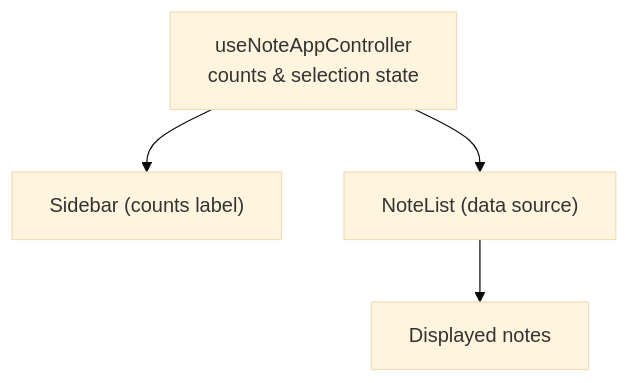
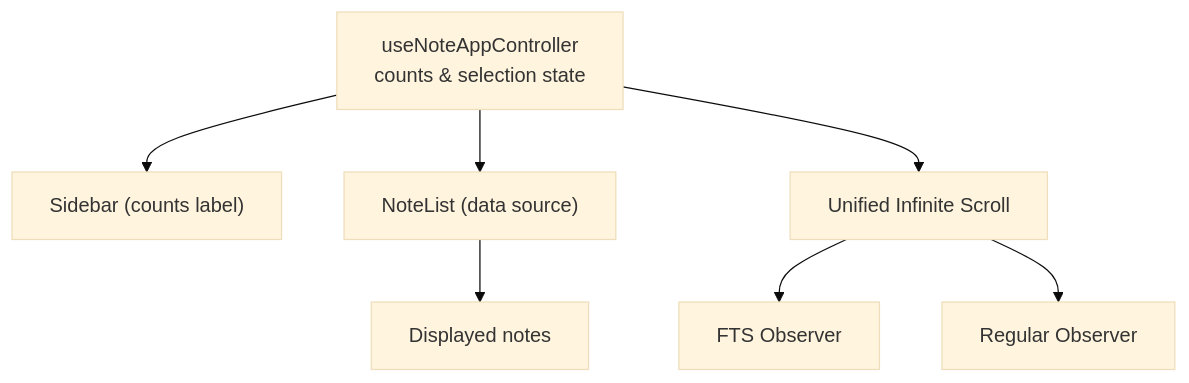
The diagram in docs/ai/design/feature-note-selection-display.md (koreyba/EverFreeNote), drawn with Mermaid (base theme) before and after one commit. The commit also changed other lines of this file and 1 other file, not shown here.

````diff
--- a/docs/ai/design/feature-note-selection-display.md
+++ b/docs/ai/design/feature-note-selection-display.md
@@ -12,6 +12,9 @@
 ```mermaid
 graph TD
   Controller["useNoteAppController<br/>counts & selection state"] --> Sidebar["Sidebar (counts label)"]
   Controller --> NoteList["NoteList (data source)"]
+  Controller --> InfiniteScroll["Unified Infinite Scroll"]
   NoteList --> UI["Displayed notes"]
+  InfiniteScroll --> FTS["FTS Observer"]
+  InfiniteScroll --> Regular["Regular Observer"]
 ```
````
